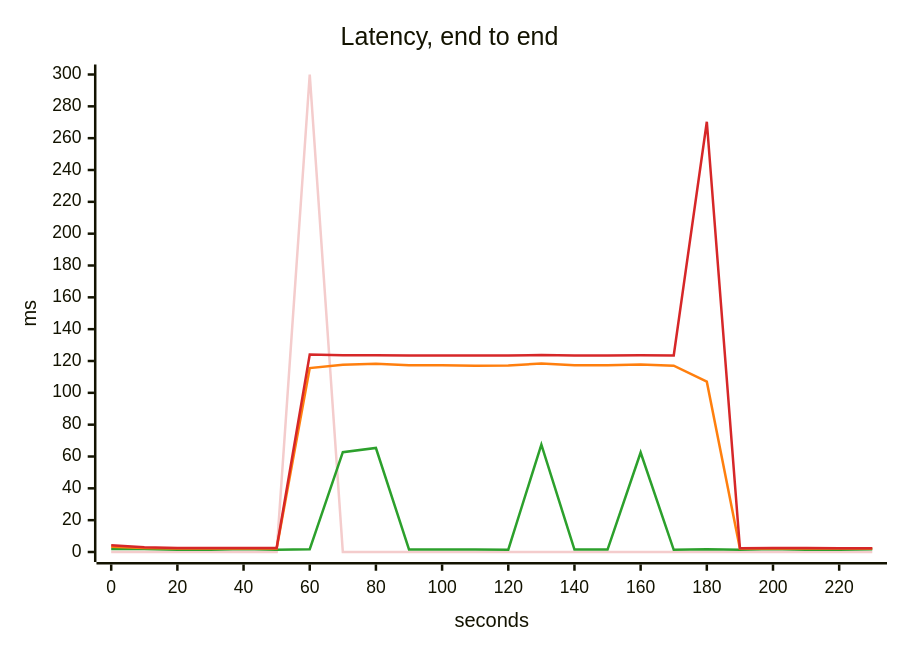
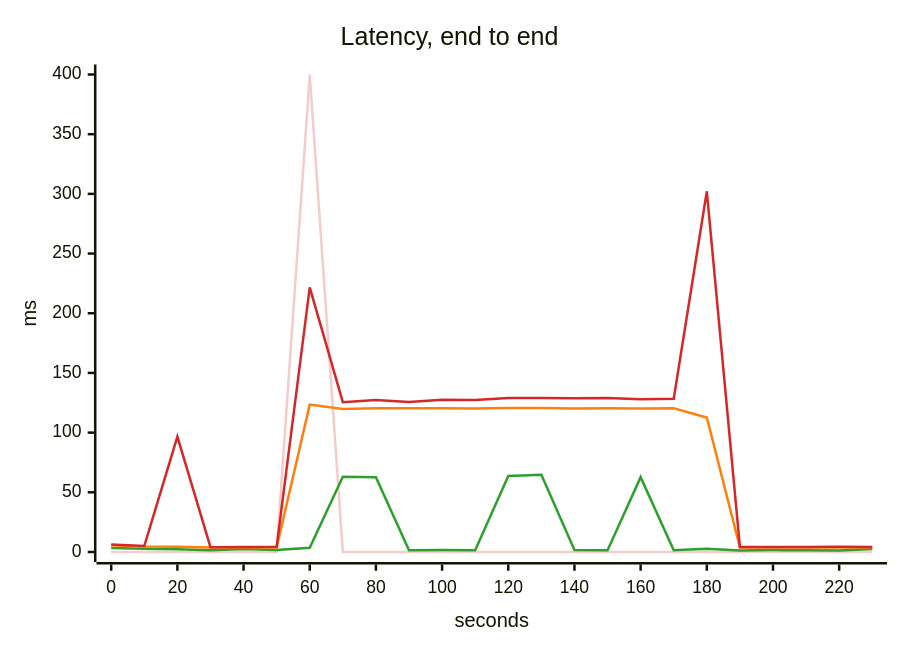
The third of 5 diagrams in scenarios/slow-disk/solutions/more-connections/report.md (akinfemi/load-lore), drawn with Mermaid before and after one commit. The commit also changed other lines of this file and 125 other files, not shown here.

````diff
--- a/scenarios/slow-disk/solutions/more-connections/report.md
+++ b/scenarios/slow-disk/solutions/more-connections/report.md
@@ -55,17 +55,17 @@
 ```mermaid
 ---
 config:
   themeVariables:
     xyChart:
       backgroundColor: "transparent"
       plotColorPalette: "#f4cccc, #2ca02c, #ff7f0e, #d62728"
 ---
 xychart-beta
     title "Latency, end to end"
     x-axis "seconds" 0 --> 230
-    y-axis "ms" 0 --> 300
-    line [0, 0, 0, 0, 0, 0, 300, 0, 0, 0, 0, 0, 0, 0, 0, 0, 0, 0, 0, 0, 0, 0, 0, 0]
-    line [1.896, 1.954, 1.418, 1.49, 1.809, 1.381, 1.73, 62.737, 65.345, 1.626, 1.53, 1.596, 1.466, 67.488, 1.496, 1.494, 62.529, 1.384, 1.791, 1.379, 1.806, 1.486, 1.429, 1.693]
-    line [3.376, 2.486, 2.222, 2.202, 2.19, 2.147, 115.534, 117.693, 118.32, 117.3, 117.303, 117.067, 117.212, 118.405, 117.32, 117.408, 117.856, 117.027, 107.032, 2.169, 2.204, 2.169, 2.135, 2.155]
-    line [4.227, 2.921, 2.494, 2.471, 2.439, 2.47, 124.096, 123.539, 123.664, 123.491, 123.492, 123.413, 123.442, 123.737, 123.464, 123.482, 123.571, 123.44, 270.327, 2.378, 2.486, 2.437, 2.424, 2.428]
+    y-axis "ms" 0 --> 400
+    line [0, 0, 0, 0, 0, 0, 400, 0, 0, 0, 0, 0, 0, 0, 0, 0, 0, 0, 0, 0, 0, 0, 0, 0]
+    line [3.419, 2.656, 2.278, 1.435, 2.552, 1.588, 3.563, 63.041, 62.633, 1.466, 1.613, 1.494, 63.715, 64.683, 1.638, 1.374, 62.706, 1.434, 2.737, 1.32, 1.62, 1.38, 1.329, 2.568]
+    line [5.605, 4.539, 4.313, 3.744, 3.761, 3.784, 123.451, 119.842, 120.316, 120.315, 120.319, 120.2, 120.569, 120.682, 120.306, 120.454, 120.174, 120.484, 112.641, 3.833, 3.833, 3.839, 3.843, 3.839]
+    line [6.317, 4.986, 96.679, 4.067, 4.16, 4.348, 221.746, 125.506, 127.226, 125.624, 127.591, 127.313, 128.969, 128.975, 128.762, 128.947, 127.891, 128.407, 302.145, 4.175, 4.184, 4.232, 4.321, 4.218]
 ```
````
